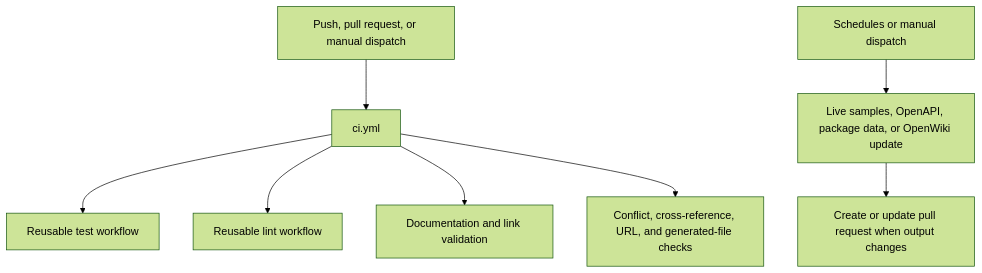
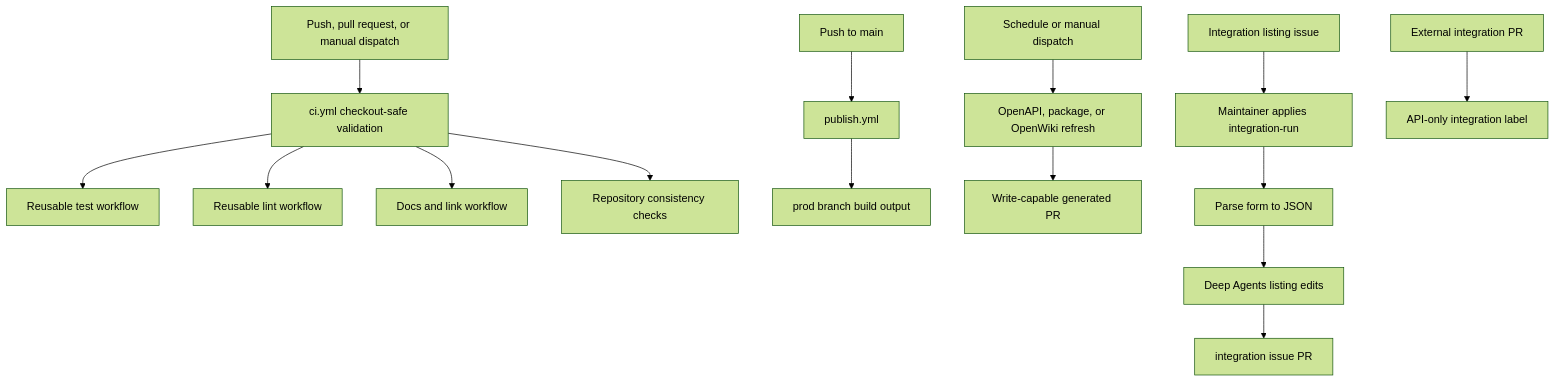
One commit to langchain-ai/docs changed the diagram in openwiki/integrations/github-actions.md. Above: the diagram before and after it, drawn with Mermaid (forest theme). The commit also changed other lines of this file and 43 other files, not shown here.

Commit message:
docs: update OpenWiki

````diff
--- a/openwiki/integrations/github-actions.md
+++ b/openwiki/integrations/github-actions.md
@@ -44,10 +51,17 @@
 ```mermaid
 flowchart TD
-  Change["Push, pull request, or manual dispatch"] --> CI["ci.yml"]
+  Change["Push, pull request, or manual dispatch"] --> CI["ci.yml checkout-safe validation"]
   CI --> Test["Reusable test workflow"]
   CI --> Lint["Reusable lint workflow"]
-  CI --> Links["Documentation and link validation"]
-  CI --> Checks["Conflict, cross-reference, URL, and generated-file checks"]
-  Schedule["Schedules or manual dispatch"] --> Live["Live samples, OpenAPI, package data, or OpenWiki update"]
-  Live --> PR["Create or update pull request when output changes"]
+  CI --> Links["Docs and link workflow"]
+  CI --> Checks["Repository consistency checks"]
+  Main["Push to main"] --> Publish["publish.yml"]
+  Publish --> Prod["prod branch build output"]
+  Schedule["Schedule or manual dispatch"] --> Refresh["OpenAPI, package, or OpenWiki refresh"]
+  Refresh --> GeneratedPR["Write-capable generated PR"]
+  Issue["Integration listing issue"] --> Gate["Maintainer applies integration-run"]
+  Gate --> Parse["Parse form to JSON"]
+  Parse --> Agent["Deep Agents listing edits"]
+  Agent --> ListingPR["integration issue PR"]
+  ExternalPR["External integration PR"] --> Label["API-only integration label"]
 ```
````
